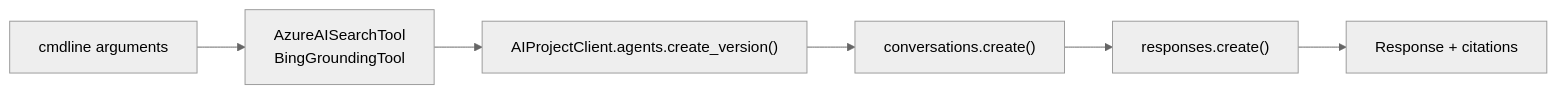
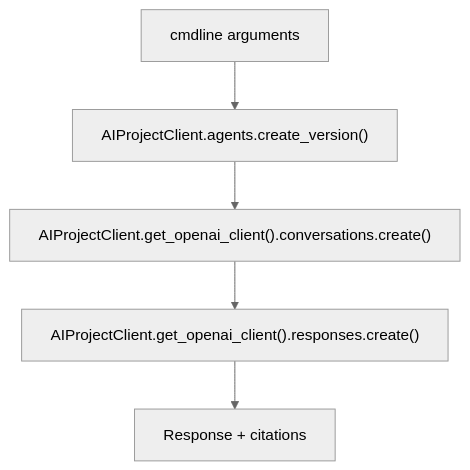
The tenth of 12 diagrams in python/README.md (ivorycloud1013/lab-azure-hol-ai-services), drawn with Mermaid before and after one commit. The commit also changed other lines of this file and 1 other file, not shown here.

````diff
--- a/python/README.md
+++ b/python/README.md
@@ -423,5 +415,5 @@
 ```mermaid
 %%{init: {"theme": "neutral"}}%%
-flowchart LR
-    USER["cmdline arguments"] --> TOOL["AzureAISearchTool </br> BingGroundingTool"] --> AG["AIProjectClient.agents.create_version()"] --> CONV["conversations.create()"] --> ASK["responses.create()"] --> OUT["Response + citations"]
+flowchart TB
+    USER["cmdline arguments"] --> AG["AIProjectClient.agents.create_version()"] --> CONV["AIProjectClient.get_openai_client().conversations.create()"] --> ASK["AIProjectClient.get_openai_client().responses.create()"] --> OUT["Response + citations"]
 ```
````
